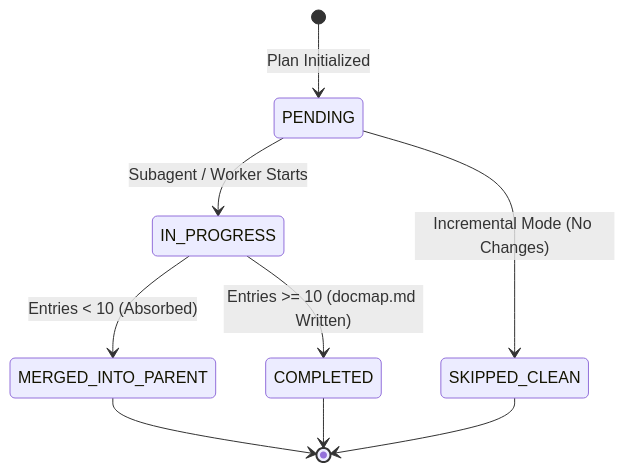
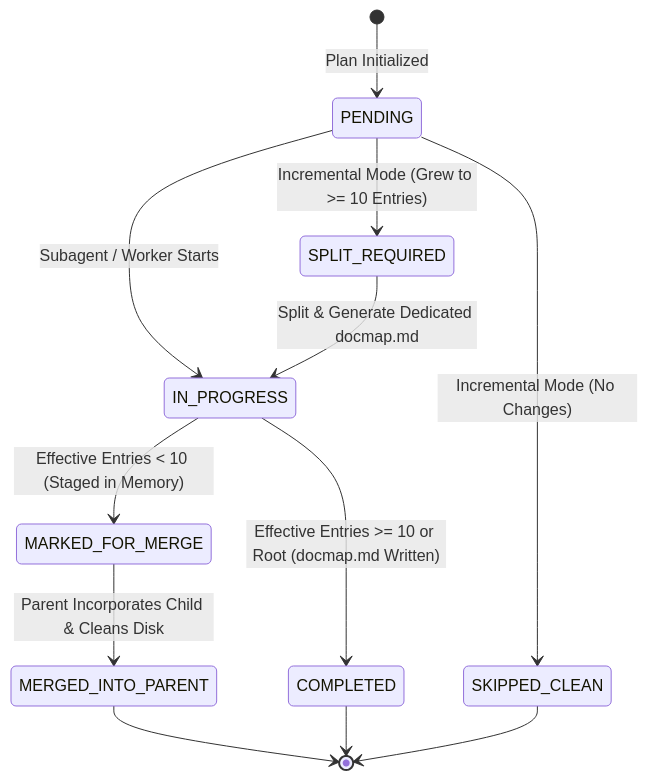
The first of 3 diagrams in docs/agentskills/repo-nav/repo-nav-design.md (nitinbhide/tcaitoolkit), drawn with Mermaid before and after one commit. The commit also changed other lines of this file, not shown here.

````diff
--- a/docs/agentskills/repo-nav/repo-nav-design.md
+++ b/docs/agentskills/repo-nav/repo-nav-design.md
@@ -151,11 +157,14 @@
 ```mermaid
 stateDiagram-v2
     [*] --> PENDING: Plan Initialized
     PENDING --> SKIPPED_CLEAN: Incremental Mode (No Changes)
     PENDING --> IN_PROGRESS: Subagent / Worker Starts
-    IN_PROGRESS --> MERGED_INTO_PARENT: Entries < 10 (Absorbed)
-    IN_PROGRESS --> COMPLETED: Entries >= 10 (docmap.md Written)
+    IN_PROGRESS --> MARKED_FOR_MERGE: Effective Entries < 10 (Staged in Memory)
+    IN_PROGRESS --> COMPLETED: Effective Entries >= 10 or Root (docmap.md Written)
+    MARKED_FOR_MERGE --> MERGED_INTO_PARENT: Parent Incorporates Child & Cleans Disk
+    PENDING --> SPLIT_REQUIRED: Incremental Mode (Grew to >= 10 Entries)
+    SPLIT_REQUIRED --> IN_PROGRESS: Split & Generate Dedicated docmap.md
     MERGED_INTO_PARENT --> [*]
     COMPLETED --> [*]
     SKIPPED_CLEAN --> [*]
 ```
````
